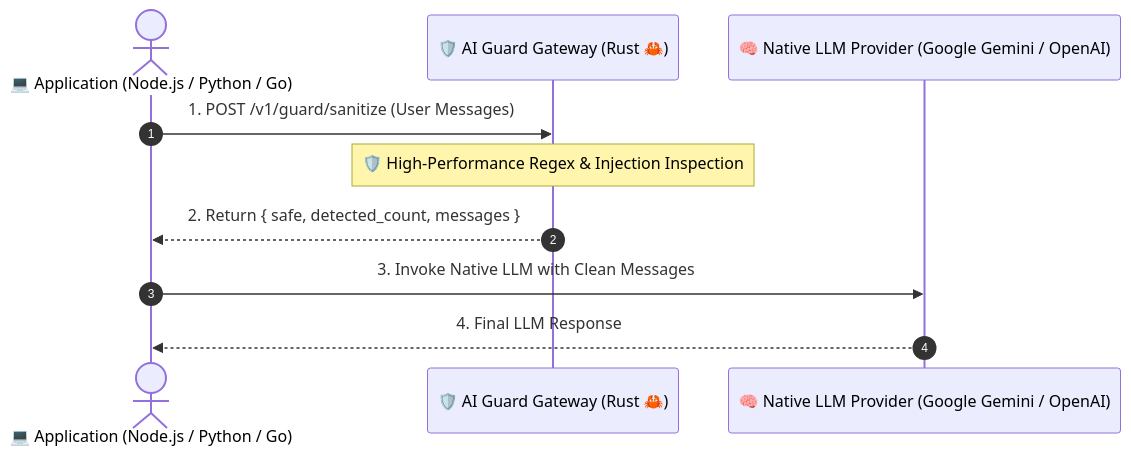
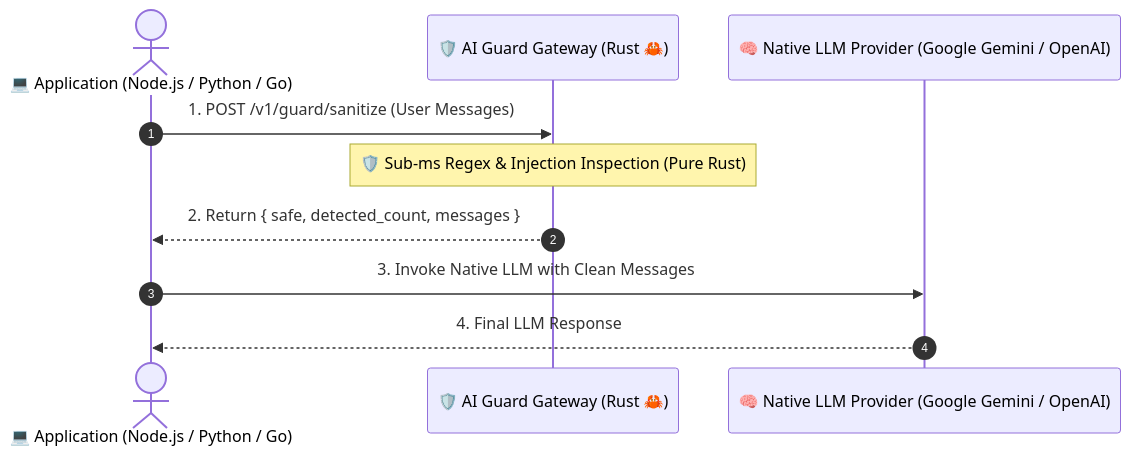
One commit to brillianodhiya/AI-Guard-Gateway changed the first of 2 diagrams in README.md. Above: the diagram before and after it, drawn with Mermaid. The commit also changed other lines of this file, not shown here.

Commit message:
docs: Clarify Zero-LLM Standalone Guard setup in README

````diff
--- a/README.md
+++ b/README.md
@@ -37,13 +37,13 @@
 ```mermaid
 sequenceDiagram
     autonumber
     actor Client as 💻 Application (Node.js / Python / Go)
     participant Guard as 🛡️ AI Guard Gateway (Rust 🦀)
     participant LLM as 🧠 Native LLM Provider (Google Gemini / OpenAI)
 
     Client->>Guard: 1. POST /v1/guard/sanitize (User Messages)
-    Note over Guard: 🛡️ High-Performance Regex & Injection Inspection
+    Note over Guard: 🛡️ Sub-ms Regex & Injection Inspection (Pure Rust)
     Guard-->>Client: 2. Return { safe, detected_count, messages }
     Client->>LLM: 3. Invoke Native LLM with Clean Messages
     LLM-->>Client: 4. Final LLM Response
 ```
````
